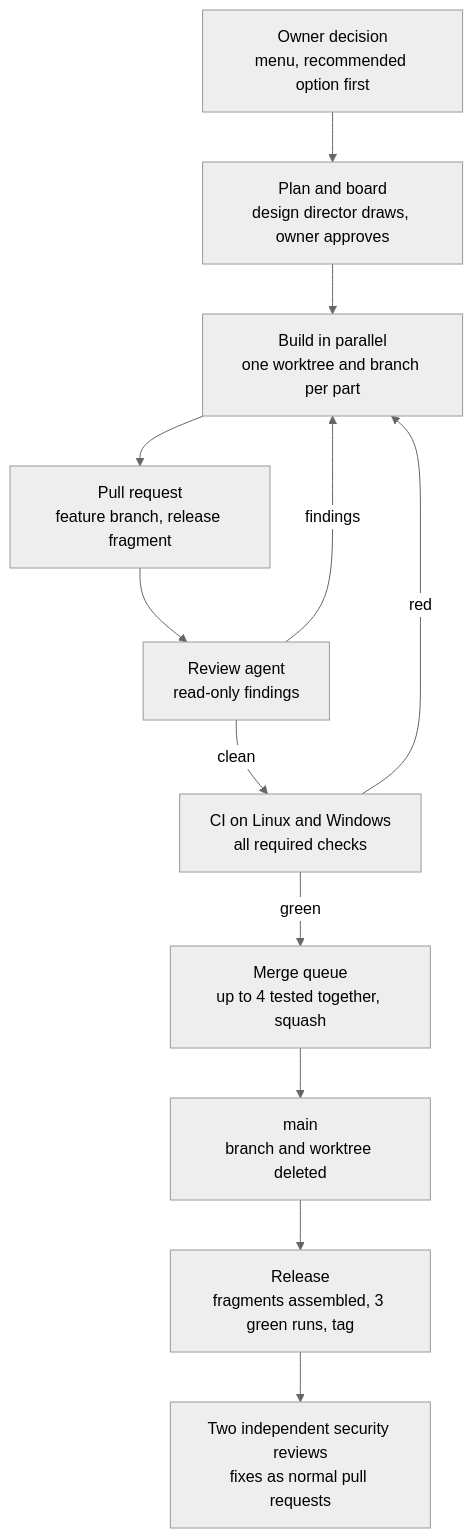
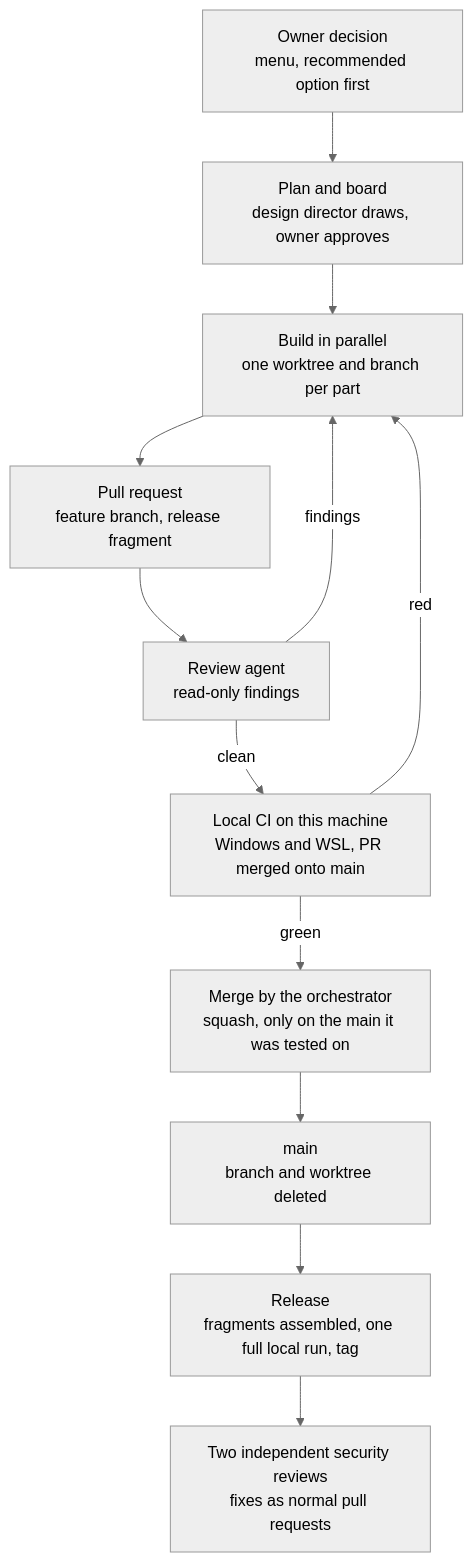
The first of 2 diagrams in docs/process.md (MouseWerk/Kalzit), drawn with Mermaid (neutral theme) before and after one commit. The commit also changed other lines of this file and 12 other files, not shown here.

First line of the commit message:
CI: run checks locally on Windows and WSL

````diff
--- a/docs/process.md
+++ b/docs/process.md
@@ -24,14 +24,14 @@
 ```mermaid
 flowchart TD
   D[Owner decision<br/>menu, recommended option first] --> B[Plan and board<br/>design director draws, owner approves]
   B --> W[Build in parallel<br/>one worktree and branch per part]
   W --> P[Pull request<br/>feature branch, release fragment]
   P --> R[Review agent<br/>read-only findings]
   R -- findings --> W
-  R -- clean --> C[CI on Linux and Windows<br/>all required checks]
+  R -- clean --> C[Local CI on this machine<br/>Windows and WSL, PR merged onto main]
   C -- red --> W
-  C -- green --> Q[Merge queue<br/>up to 4 tested together, squash]
+  C -- green --> Q[Merge by the orchestrator<br/>squash, only on the main it was tested on]
   Q --> M[main<br/>branch and worktree deleted]
-  M --> G["Release<br/>fragments assembled, 3 green runs, tag"]
+  M --> G["Release<br/>fragments assembled, one full local run, tag"]
   G --> S[Two independent security reviews<br/>fixes as normal pull requests]
 ```
````
